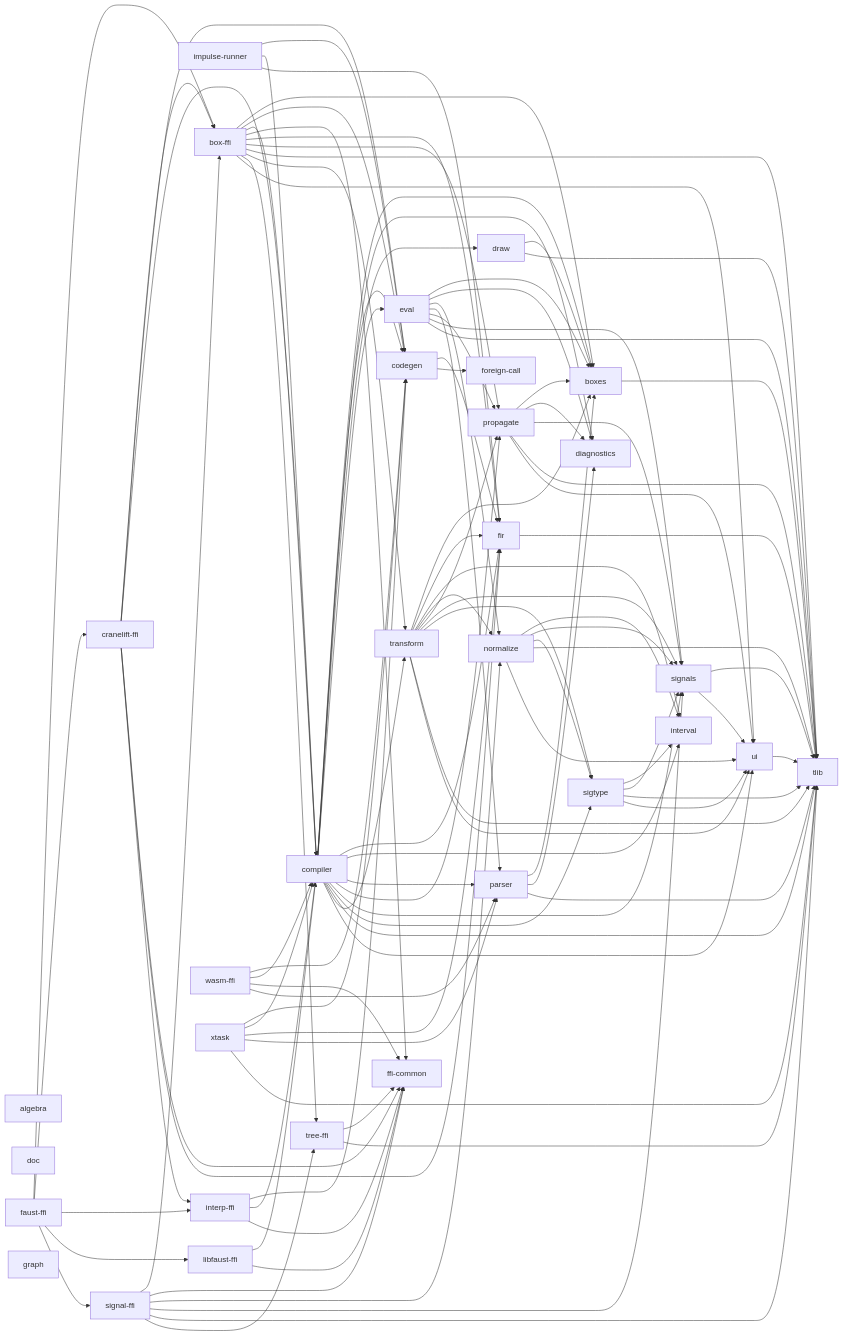
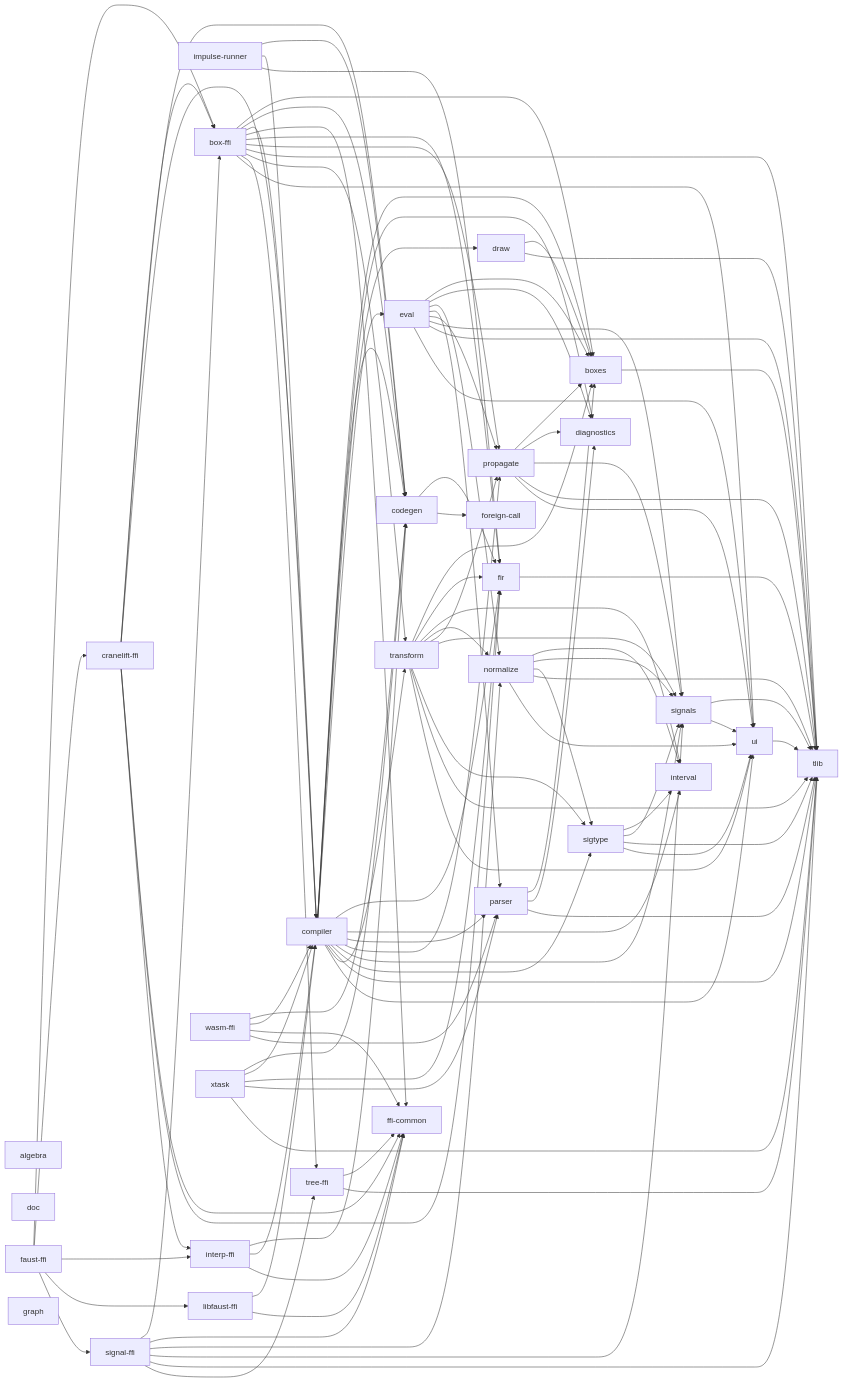
Before and after one commit to grame-cncm/faust-rs: the diagram in docs/code-graphs/internal-crate-deps.mmd, drawn with Mermaid. The commit also changed 110 other files, not shown here.

```diff
--- a/docs/code-graphs/internal-crate-deps.mmd
+++ b/docs/code-graphs/internal-crate-deps.mmd
@@ -1,134 +1,135 @@
 flowchart LR
     crate_algebra["algebra"]
     crate_box_ffi["box-ffi"]
     crate_boxes["boxes"]
     crate_codegen["codegen"]
     crate_compiler["compiler"]
     crate_cranelift_ffi["cranelift-ffi"]
     crate_diagnostics["diagnostics"]
     crate_doc["doc"]
     crate_draw["draw"]
     crate_eval["eval"]
     crate_faust_ffi["faust-ffi"]
     crate_ffi_common["ffi-common"]
     crate_fir["fir"]
     crate_foreign_call["foreign-call"]
     crate_graph["graph"]
     crate_impulse_runner["impulse-runner"]
     crate_interp_ffi["interp-ffi"]
     crate_interval["interval"]
     crate_libfaust_ffi["libfaust-ffi"]
     crate_normalize["normalize"]
     crate_parser["parser"]
     crate_propagate["propagate"]
     crate_signal_ffi["signal-ffi"]
     crate_signals["signals"]
     crate_sigtype["sigtype"]
     crate_tlib["tlib"]
     crate_transform["transform"]
     crate_tree_ffi["tree-ffi"]
     crate_ui["ui"]
     crate_wasm_ffi["wasm-ffi"]
     crate_xtask["xtask"]
     crate_box_ffi --> crate_boxes
     crate_box_ffi --> crate_codegen
     crate_box_ffi --> crate_compiler
     crate_box_ffi --> crate_ffi_common
     crate_box_ffi --> crate_fir
     crate_box_ffi --> crate_propagate
     crate_box_ffi --> crate_tlib
     crate_box_ffi --> crate_transform
     crate_box_ffi --> crate_tree_ffi
     crate_box_ffi --> crate_ui
     crate_boxes --> crate_tlib
     crate_codegen --> crate_fir
     crate_codegen --> crate_foreign_call
     crate_compiler --> crate_boxes
     crate_compiler --> crate_codegen
     crate_compiler --> crate_diagnostics
     crate_compiler --> crate_draw
     crate_compiler --> crate_eval
     crate_compiler --> crate_fir
     crate_compiler --> crate_interval
     crate_compiler --> crate_parser
     crate_compiler --> crate_propagate
     crate_compiler --> crate_signals
     crate_compiler --> crate_sigtype
     crate_compiler --> crate_tlib
     crate_compiler --> crate_transform
     crate_compiler --> crate_ui
     crate_cranelift_ffi --> crate_box_ffi
     crate_cranelift_ffi --> crate_codegen
     crate_cranelift_ffi --> crate_compiler
     crate_cranelift_ffi --> crate_ffi_common
     crate_cranelift_ffi --> crate_fir
     crate_cranelift_ffi --> crate_interp_ffi
     crate_draw --> crate_boxes
     crate_draw --> crate_tlib
     crate_eval --> crate_boxes
     crate_eval --> crate_diagnostics
     crate_eval --> crate_normalize
     crate_eval --> crate_parser
     crate_eval --> crate_propagate
     crate_eval --> crate_signals
     crate_eval --> crate_tlib
+    crate_eval --> crate_ui
     crate_faust_ffi --> crate_box_ffi
     crate_faust_ffi --> crate_cranelift_ffi
     crate_faust_ffi --> crate_interp_ffi
     crate_faust_ffi --> crate_libfaust_ffi
     crate_faust_ffi --> crate_signal_ffi
     crate_fir --> crate_tlib
     crate_impulse_runner --> crate_codegen
     crate_impulse_runner --> crate_compiler
     crate_impulse_runner --> crate_fir
     crate_interp_ffi --> crate_codegen
     crate_interp_ffi --> crate_compiler
     crate_interp_ffi --> crate_ffi_common
     crate_libfaust_ffi --> crate_compiler
     crate_libfaust_ffi --> crate_ffi_common
     crate_normalize --> crate_interval
     crate_normalize --> crate_signals
     crate_normalize --> crate_sigtype
     crate_normalize --> crate_tlib
     crate_normalize --> crate_ui
     crate_parser --> crate_boxes
     crate_parser --> crate_diagnostics
     crate_parser --> crate_tlib
     crate_propagate --> crate_boxes
     crate_propagate --> crate_diagnostics
     crate_propagate --> crate_signals
     crate_propagate --> crate_tlib
     crate_propagate --> crate_ui
     crate_signal_ffi --> crate_box_ffi
     crate_signal_ffi --> crate_ffi_common
     crate_signal_ffi --> crate_normalize
     crate_signal_ffi --> crate_signals
     crate_signal_ffi --> crate_tlib
     crate_signal_ffi --> crate_tree_ffi
     crate_signals --> crate_tlib
     crate_signals --> crate_ui
     crate_sigtype --> crate_interval
     crate_sigtype --> crate_signals
     crate_sigtype --> crate_tlib
     crate_sigtype --> crate_ui
     crate_transform --> crate_boxes
     crate_transform --> crate_fir
     crate_transform --> crate_interval
     crate_transform --> crate_normalize
     crate_transform --> crate_propagate
     crate_transform --> crate_signals
     crate_transform --> crate_sigtype
     crate_transform --> crate_tlib
     crate_transform --> crate_ui
     crate_tree_ffi --> crate_ffi_common
     crate_tree_ffi --> crate_tlib
     crate_ui --> crate_tlib
     crate_wasm_ffi --> crate_codegen
     crate_wasm_ffi --> crate_compiler
     crate_wasm_ffi --> crate_ffi_common
     crate_wasm_ffi --> crate_parser
     crate_xtask --> crate_codegen
     crate_xtask --> crate_compiler
     crate_xtask --> crate_fir
     crate_xtask --> crate_parser
     crate_xtask --> crate_tlib
```
